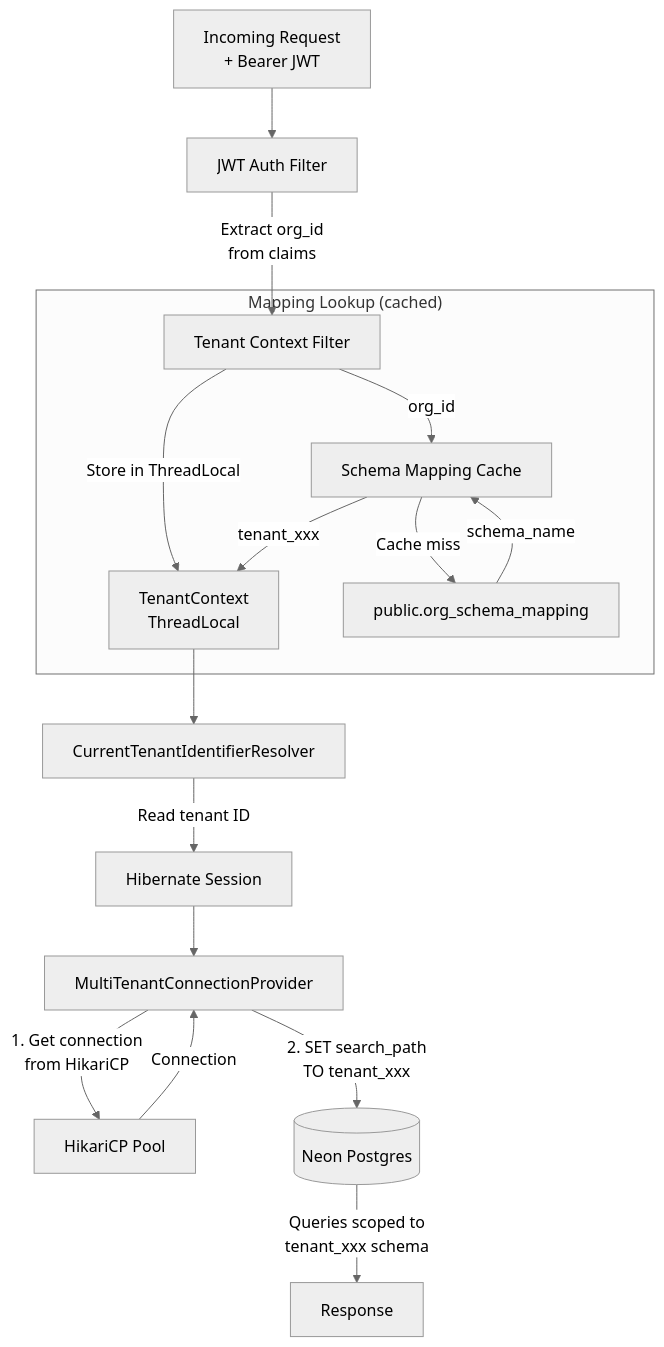
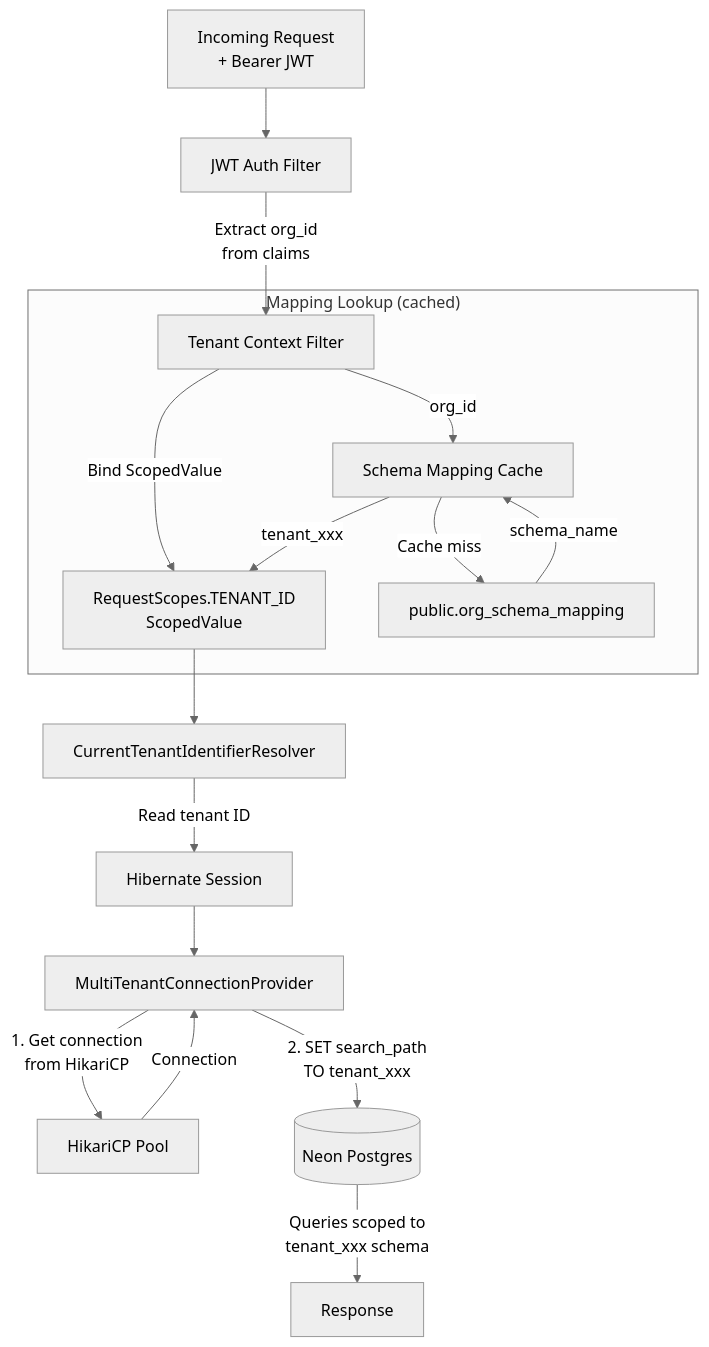
One commit to rakheen-dama/b2b-strawman changed the sixth of 11 diagrams in ARCHITECTURE.md. Above: the diagram before and after it, drawn with Mermaid (neutral theme). The commit also changed other lines of this file and 1 other file, not shown here.

First line of the commit message:
Update ARCHITECTURE.md and backend/CLAUDE.md for ScopedValue migration

````diff
--- a/ARCHITECTURE.md
+++ b/ARCHITECTURE.md
@@ -878,23 +879,23 @@
 ```mermaid
 flowchart TB
     Request[Incoming Request<br/>+ Bearer JWT] --> JWTFilter[JWT Auth Filter]
     JWTFilter -->|Extract org_id<br/>from claims| TenantFilter[Tenant Context Filter]
-    TenantFilter -->|Store in ThreadLocal| TenantCtx[TenantContext<br/>ThreadLocal]
+    TenantFilter -->|Bind ScopedValue| TenantCtx[RequestScopes.TENANT_ID<br/>ScopedValue]
 
     TenantCtx --> Resolver[CurrentTenantIdentifierResolver]
     Resolver -->|Read tenant ID| Hibernate[Hibernate Session]
 
     Hibernate --> ConnProvider[MultiTenantConnectionProvider]
     ConnProvider -->|1. Get connection<br/>from HikariCP| HikariCP[HikariCP Pool]
     HikariCP -->|Connection| ConnProvider
     ConnProvider -->|2. SET search_path<br/>TO tenant_xxx| DB[(Neon Postgres)]
 
     subgraph "Mapping Lookup (cached)"
         TenantFilter -->|org_id| MappingCache[Schema Mapping Cache]
         MappingCache -->|Cache miss| MappingTable[public.org_schema_mapping]
         MappingTable -->|schema_name| MappingCache
         MappingCache -->|tenant_xxx| TenantCtx
     end
 
     DB -->|Queries scoped to<br/>tenant_xxx schema| Response[Response]
 ```
````
